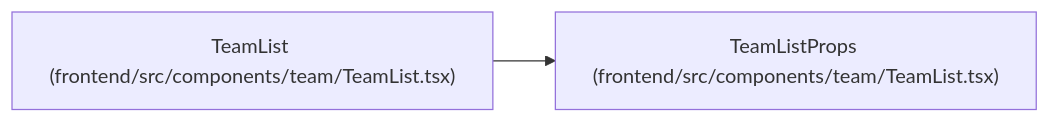
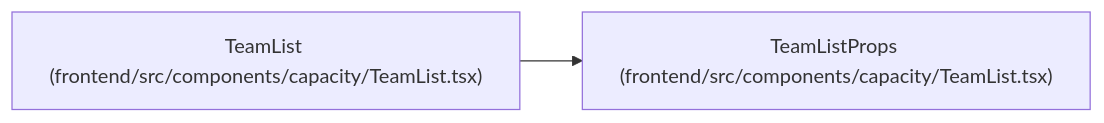
Before and after one commit to Denissvgn/WorkChord: the diagram in docs/llm_wiki/entities/TeamListProps.md, drawn with Mermaid. The commit also changed other lines of this file and 2373 other files, not shown here.

````diff
--- a/docs/llm_wiki/entities/TeamListProps.md
+++ b/docs/llm_wiki/entities/TeamListProps.md
@@ -26,8 +27,8 @@
 ```mermaid
 flowchart LR
-    n0["TeamListProps (frontend/src/components/team/TeamList.tsx)"]
-    n1["TeamList (frontend/src/components/team/TeamList.tsx)"]
+    n0["TeamListProps (frontend/src/components/capacity/TeamList.tsx)"]
+    n1["TeamList (frontend/src/components/capacity/TeamList.tsx)"]
     n1 --> n0
     click n0 "../modules/TeamList.md"
     click n1 "../modules/TeamList.md"
 ```
````
